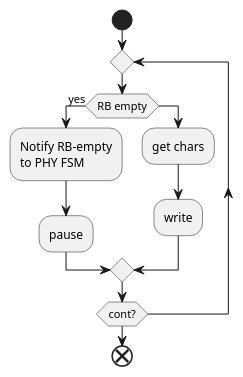
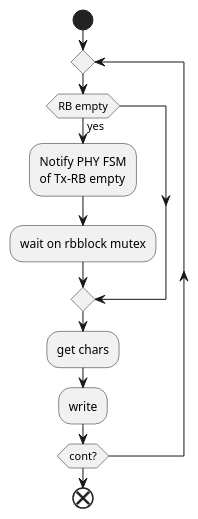
Before and after one commit to yoshinao-takada/07Test: the diagram in Docs/Images/PHY-Tx-Thread-act.puml, drawn with PlantUML. The commit also changed 3 other files, not shown here.

```diff
--- a/Docs/Images/PHY-Tx-Thread-act.puml
+++ b/Docs/Images/PHY-Tx-Thread-act.puml
@@ -1,13 +1,12 @@
 @startuml
 start
 repeat
     if (RB empty) then(yes)
-        :Notify RB-empty\nto PHY FSM;
-        :pause;
-    else
-        :get chars;
-        :write;
+        :Notify PHY FSM\nof Tx-RB empty;
+        :wait on rbblock mutex;
     endif
+    :get chars;
+    :write;
 repeat while (cont?)
 end
 @enduml
```
